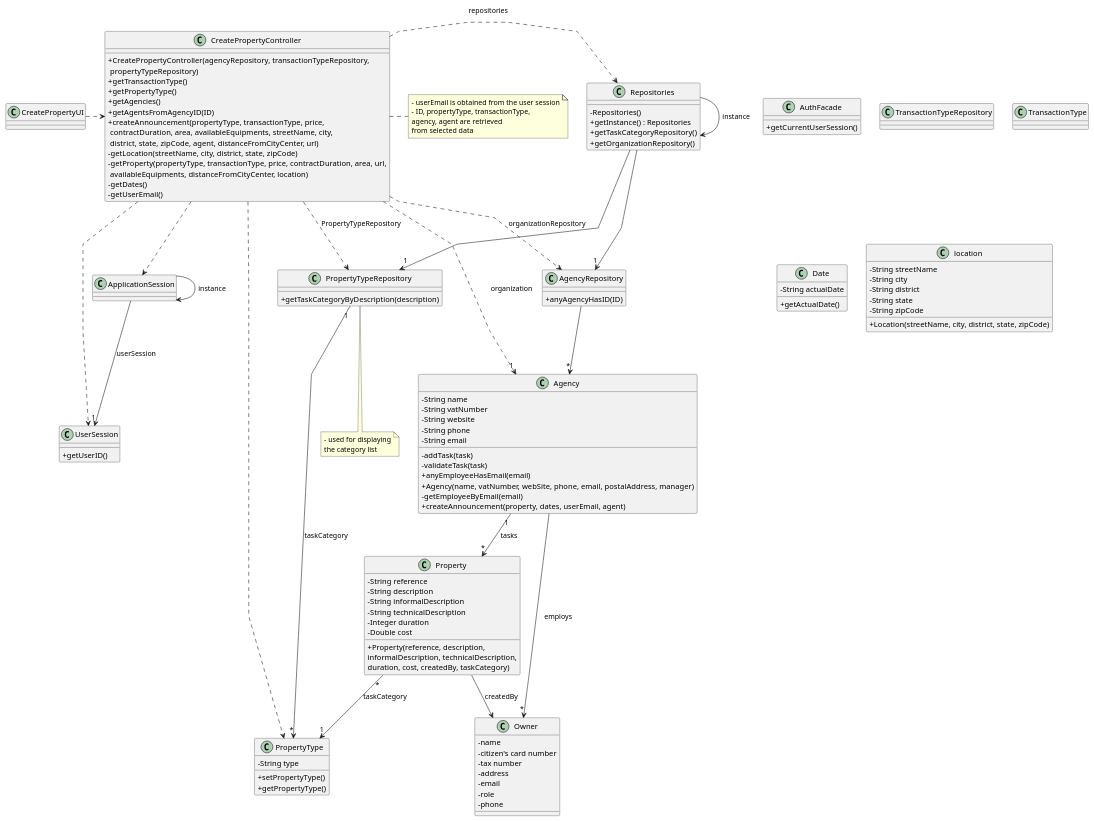
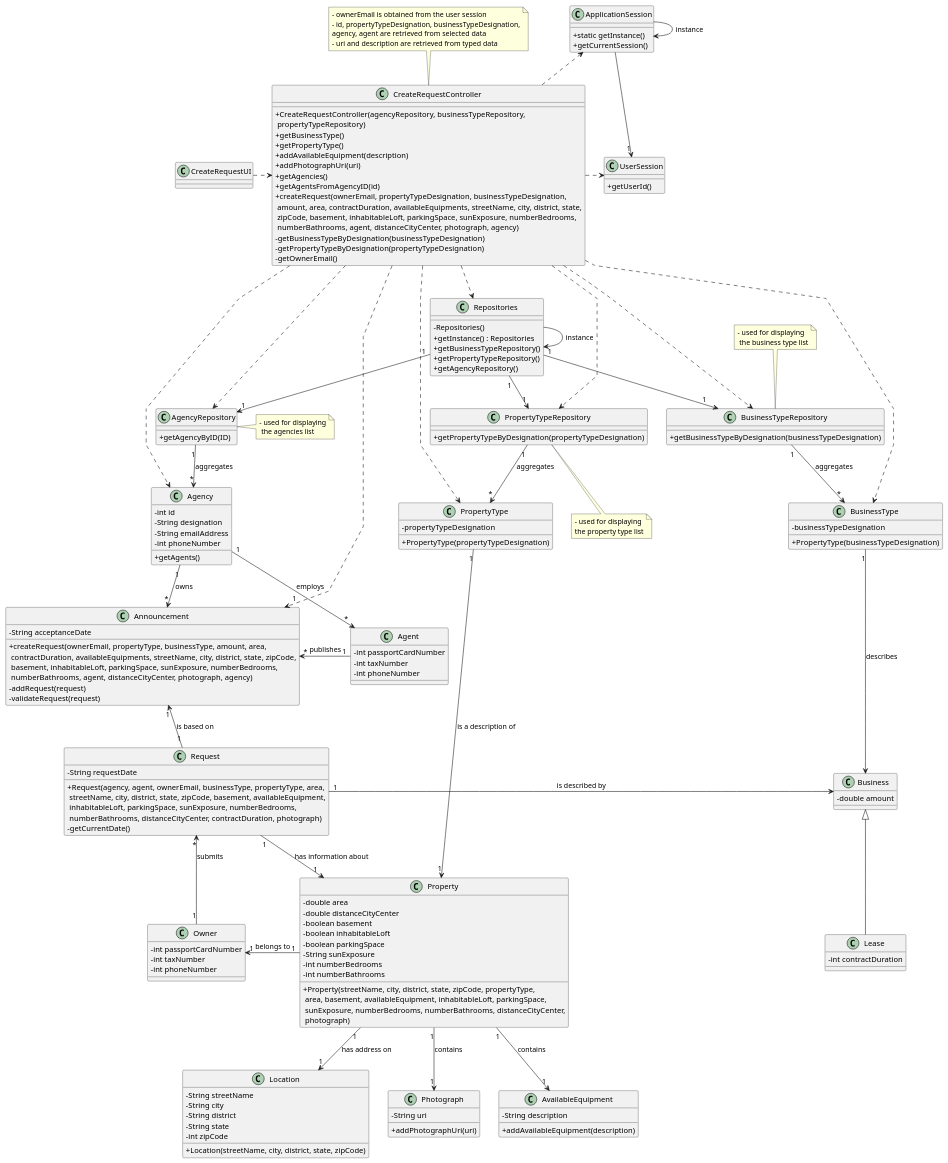
One commit to rita-barbosa/LAPR2-2223 changed the diagram in docs/sprintB/us004/03.design/puml/us004-class-diagram.puml. Above: the diagram before and after it, drawn with PlantUML.

Commit message:
Class diagram, no SVG, just puml [UC-04] [Design]

```diff
--- a/docs/sprintB/us004/03.design/puml/us004-class-diagram.puml
+++ b/docs/sprintB/us004/03.design/puml/us004-class-diagram.puml
@@ -1,4 +1,5 @@
 @startuml
+
 'skinparam monochrome true
 skinparam packageStyle rectangle
 skinparam shadowing false
@@ -9,147 +10,222 @@
 
 'left to right direction
 
-class AuthFacade
-{
-    + getCurrentUserSession()
+class Owner {
+    - int passportCardNumber
+    - int taxNumber
+    - int phoneNumber
 }
 
-class TransactionTypeRepository{}
+class CreateRequestUI {}
 
-class TransactionType{}
-
-class UserSession
-{
-    + getUserID()
+class CreateRequestController {
+    + CreateRequestController(agencyRepository, businessTypeRepository,\n propertyTypeRepository)
+    + getBusinessType()
+    + getPropertyType()
+    + addAvailableEquipment(description)
+    + addPhotographUri(uri)
+    + getAgencies()
+    + getAgentsFromAgencyID(id)
+    + createRequest(ownerEmail, propertyTypeDesignation, businessTypeDesignation,\n amount, area, contractDuration, availableEquipments, streetName, city, district, state,\n zipCode, basement, inhabitableLoft, parkingSpace, sunExposure, numberBedrooms,\n numberBathrooms, agent, distanceCityCenter, photograph, agency)
+    - getBusinessTypeByDesignation(businessTypeDesignation)
+    - getPropertyTypeByDesignation(propertyTypeDesignation)
+    - getOwnerEmail()
 }
 
-class Owner {
-    - name
-    - citizen's card number
-    - tax number
-    - address
-    - email
-    - role
-    - phone
+note top of CreateRequestController
+    - ownerEmail is obtained from the user session
+    - id, propertyTypeDesignation, businessTypeDesignation,
+    agency, agent are retrieved from selected data
+    - uri and description are retrieved from typed data
+end note
+
+class PropertyTypeRepository {
+    + getPropertyTypeByDesignation(propertyTypeDesignation)
 }
 
-class Property {
-    - String reference
-    - String description
-    - String informalDescription
-    - String technicalDescription
-    - Integer duration
-    - Double cost
+note bottom of PropertyTypeRepository
+    - used for displaying
+    the property type list
+end note
 
-    + Property(reference, description,\ninformalDescription, technicalDescription,\nduration, cost, createdBy, taskCategory)
+class BusinessTypeRepository {
+    + getBusinessTypeByDesignation(businessTypeDesignation)
 }
 
+note top of BusinessTypeRepository
+    - used for displaying
+     the business type list
+end note
+
 class PropertyType {
-    - String type
-    + setPropertyType()
-    + getPropertyType()
+    - propertyTypeDesignation
+    + PropertyType(propertyTypeDesignation)
 }
 
-class Date{
-    - String actualDate
-    + getActualDate()
-}
-
-class location {
-    - String streetName
-    - String city
-    - String district
-    - String state
-    - String zipCode
-    + Location(streetName, city, district, state, zipCode)
-}
-
-class Agency {
-    - String name
-    - String vatNumber
-    - String website
-    - String phone
-    - String email
-
-    - addTask(task)
-    - validateTask(task)
-    + anyEmployeeHasEmail(email)
-    + Agency(name, vatNumber, webSite, phone, email, postalAddress, manager)
-    - getEmployeeByEmail(email)
-    + createAnnouncement(property, dates, userEmail, agent)
-
-'  +saveTask(task)
-}
-
-class PropertyTypeRepository {
-    + getTaskCategoryByDescription(description)
+class BusinessType {
+    - businessTypeDesignation
+    + PropertyType(businessTypeDesignation)
 }
 
 class AgencyRepository {
-    + anyAgencyHasID(ID)
+    + getAgencyByID(ID)
+}
+note right of AgencyRepository
+    - used for displaying
+     the agencies list
+end note
+
+class Agency {
+    - int id
+    - String designation
+    - String emailAddress
+    - int phoneNumber
+    + getAgents()
+}
+
+class Agent {
+    - int passportCardNumber
+    - int taxNumber
+    - int phoneNumber
 }
 
 class Repositories {
     - Repositories()
     + getInstance() : Repositories
-    + getTaskCategoryRepository()
-    + getOrganizationRepository()
+    + getBusinessTypeRepository()
+    + getPropertyTypeRepository()
+    + getAgencyRepository()
 }
 
-class CreatePropertyController {
-    + CreatePropertyController(agencyRepository, transactionTypeRepository,\n propertyTypeRepository)
-    + getTransactionType()
-    + getPropertyType()
-    + getAgencies()
-    + getAgentsFromAgencyID(ID)
-    + createAnnouncement(propertyType, transactionType, price,\n contractDuration, area, availableEquipments, streetName, city,\n district, state, zipCode, agent, distanceFromCityCenter, url)
-    - getLocation(streetName, city, district, state, zipCode)
-    - getProperty(propertyType, transactionType, price, contractDuration, area, url,\n availableEquipments, distanceFromCityCenter, location)
-    - getDates()
-    - getUserEmail()
+class ApplicationSession
+{
+    + static getInstance()
+    + getCurrentSession()
 }
 
-note right of CreatePropertyController
-    - userEmail is obtained from the user session
-    - ID, propertyType, transactionType,
-    agency, agent are retrieved
-    from selected data
-end note
-
-note bottom of PropertyTypeRepository
-    - used for displaying
-    the category list
-end note
-
-class CreatePropertyUI {
+class UserSession
+{
+    + getUserId()
 }
 
+class Property {
+    - double area
+    - double distanceCityCenter
+    - boolean basement
+    - boolean inhabitableLoft
+    - boolean parkingSpace
+    - String sunExposure
+    - int numberBedrooms
+    - int numberBathrooms
+    + Property(streetName, city, district, state, zipCode, propertyType,\n area, basement, availableEquipment, inhabitableLoft, parkingSpace,\n sunExposure, numberBedrooms, numberBathrooms, distanceCityCenter,\n photograph)
+    }
+
+class Location {
+    - String streetName
+    - String city
+    - String district
+    - String state
+    - int zipCode
+    + Location(streetName, city, district, state, zipCode)
+}
+
+class Photograph{
+    - String uri
+    + addPhotographUri(uri)
+}
+
+class AvailableEquipment{
+    - String description
+    + addAvailableEquipment(description)
+}
+
+class Request{
+    - String requestDate
+    + Request(agency, agent, ownerEmail, businessType, propertyType, area,\n streetName, city, district, state, zipCode, basement, availableEquipment,\n inhabitableLoft, parkingSpace, sunExposure, numberBedrooms,\n numberBathrooms, distanceCityCenter, contractDuration, photograph)
+    - getCurrentDate()
+}
+
+class Announcement{
+    - String acceptanceDate
+    + createRequest(ownerEmail, propertyType, businessType, amount, area,\n contractDuration, availableEquipments, streetName, city, district, state, zipCode,\n basement, inhabitableLoft, parkingSpace, sunExposure, numberBedrooms,\n numberBathrooms, agent, distanceCityCenter, photograph, agency)
+    - addRequest(request)
+    - validateRequest(request)
+}
+
+class Business{
+    - double amount
+}
+
+class Lease extends Business{
+    - int contractDuration
+}
+
+'RELATIONS
+
 Repositories -> Repositories : instance
+
 ApplicationSession -> ApplicationSession : instance
 
-CreatePropertyUI .> CreatePropertyController
+ApplicationSession --> "1" UserSession
 
-CreatePropertyController .> Repositories : repositories
+CreateRequestController .left.> ApplicationSession
 
-Repositories -> "1" PropertyTypeRepository
+CreateRequestController .> UserSession
 
-CreatePropertyController ..> PropertyType
-CreatePropertyController ..> AgencyRepository : organizationRepository
-CreatePropertyController ..> PropertyTypeRepository : PropertyTypeRepository
+CreateRequestUI .right> CreateRequestController
 
-Repositories --> "1" AgencyRepository
+CreateRequestController ..> Repositories
 
-AgencyRepository --> "*" Agency
-ApplicationSession --> "1" UserSession : userSession
+Repositories "1" -down-> "1" PropertyTypeRepository
 
-CreatePropertyController ..> "1" Agency : organization
-CreatePropertyController ..> ApplicationSession
-CreatePropertyController ..> UserSession
-Property "*" --> "1" PropertyType : taskCategory
-PropertyTypeRepository "1" --> "*" PropertyType : taskCategory
-Agency "1" --> "*" Property : tasks
-Property --> Owner : createdBy
+Repositories "1" -down-> "1" BusinessTypeRepository
 
-Agency --> "*" Owner : employs
+Repositories "1" -down-> "1" AgencyRepository
+
+CreateRequestController ..> PropertyTypeRepository
+
+CreateRequestController ..> BusinessTypeRepository
+
+CreateRequestController ..> AgencyRepository
+
+CreateRequestController ..> Agency
+
+CreateRequestController ..> PropertyType
+
+CreateRequestController ..> BusinessType
+
+BusinessTypeRepository "1" -down-> "*" BusinessType : aggregates
+
+PropertyTypeRepository "1" -down-> "*" PropertyType : aggregates
+
+Agency "1" -right-> "*" Agent : employs
+
+Agent "1" -left-> "*" Announcement : publishes
+
+Request "1" --> "1" Property : has information about
+
+Property "1" --> "1" Location : has address on
+
+AgencyRepository "1" -down-> "*" Agency : aggregates
+
+Property "1" -left-> "1" Owner : belongs to
+
+Owner "1" -up-> "*" Request : submits
+
+Request "1" -up-> "1" Announcement : is based on
+
+Agency "1" --> "*" Announcement : owns
+
+Property "1" --> "1" Photograph : contains
+
+Property "1" --> "1" AvailableEquipment : contains
+
+CreateRequestController .> "1" Announcement
+
+PropertyType "1" --> "1" Property : is a description of
+
+BusinessType "1" --> Business : describes
+
+Request "1" -right-> Business : is described by
 
 @enduml
```
